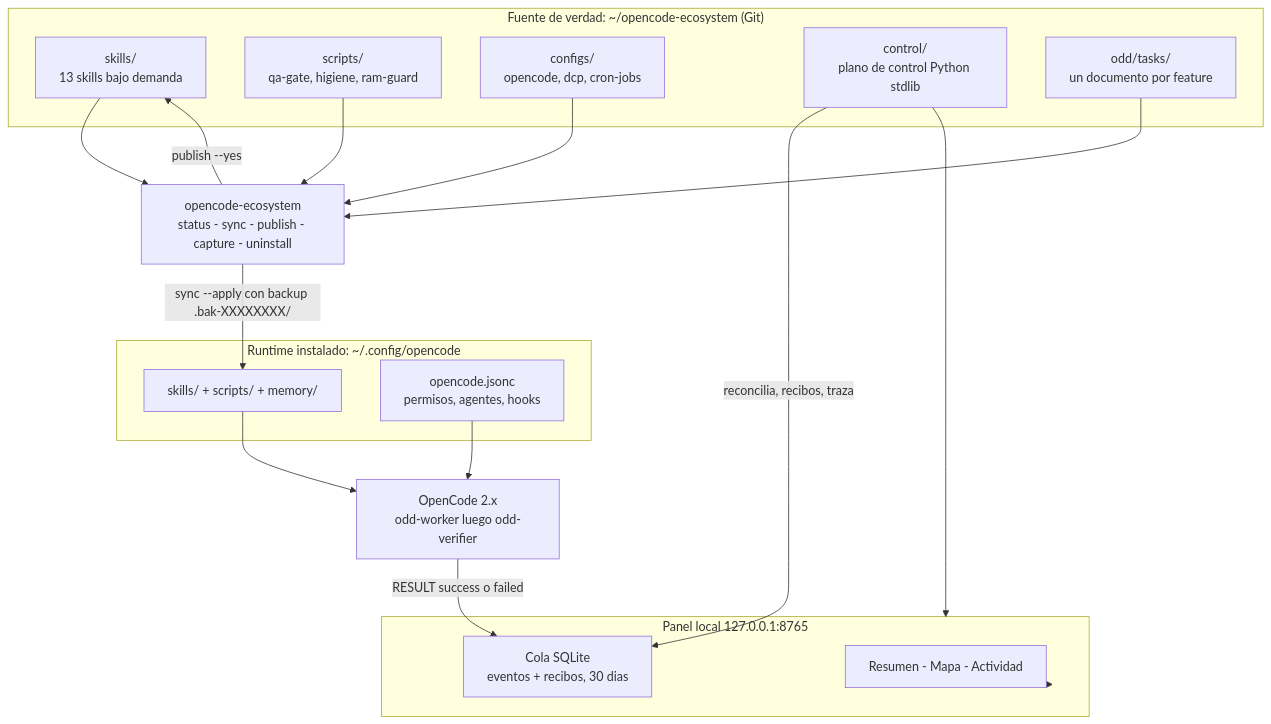
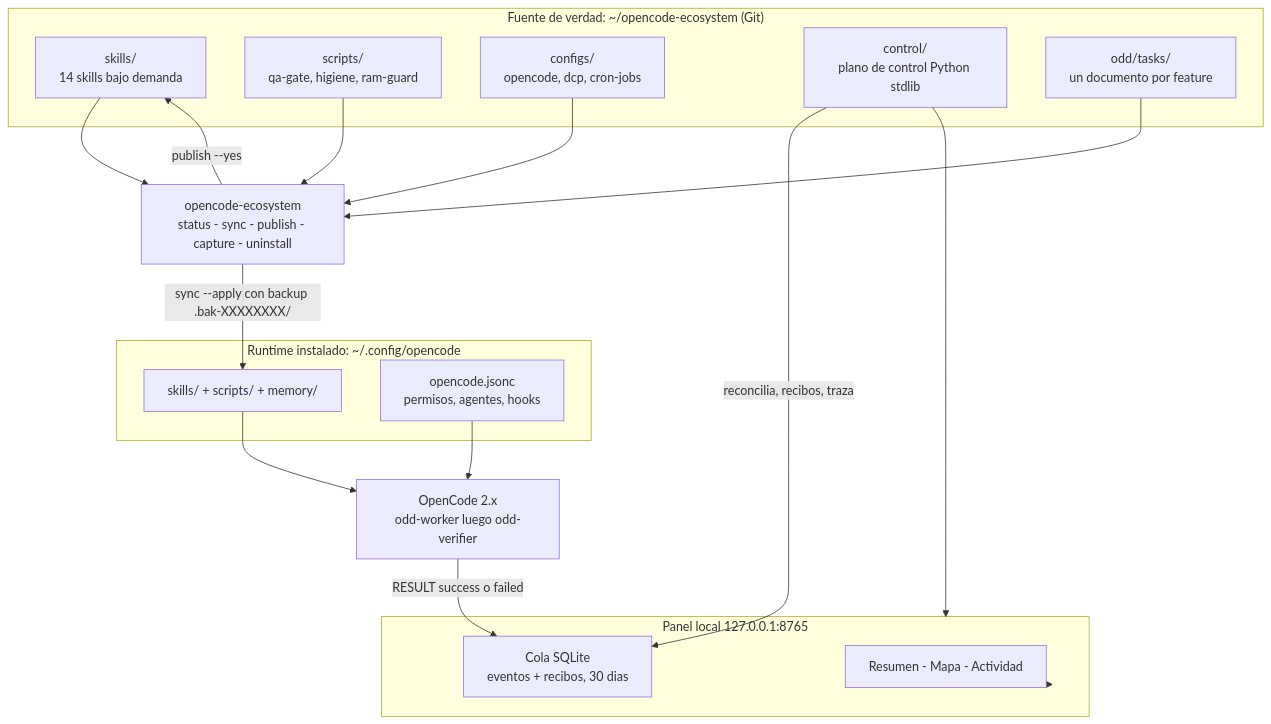
One commit to Rukawua26/opencode-ecosystem changed the first of 3 diagrams in README.md. Above: the diagram before and after it, drawn with Mermaid. The commit also changed other lines of this file and 3 other files, not shown here.

````diff
--- a/README.md
+++ b/README.md
@@ -53,37 +53,37 @@
 ```mermaid
 flowchart TB
     subgraph ECO["Fuente de verdad: ~/opencode-ecosystem (Git)"]
-        A1["skills/<br/>13 skills bajo demanda"]
+        A1["skills/<br/>14 skills bajo demanda"]
         A2["scripts/<br/>qa-gate, higiene, ram-guard"]
         A3["configs/<br/>opencode, dcp, cron-jobs"]
         A4["control/<br/>plano de control Python stdlib"]
         A5["odd/tasks/<br/>un documento por feature"]
     end
 
     CLI["opencode-ecosystem<br/>status - sync - publish - capture - uninstall"]
 
     subgraph CFG["Runtime instalado: ~/.config/opencode"]
         B1["skills/ + scripts/ + memory/"]
         B2["opencode.jsonc<br/>permisos, agentes, hooks"]
     end
 
     OC["OpenCode 2.x<br/>odd-worker luego odd-verifier"]
 
     subgraph PANEL["Panel local 127.0.0.1:8765"]
         C1["Resumen - Mapa - Actividad"]
         C2["Cola SQLite<br/>eventos + recibos, 30 dias"]
     end
 
     A1 --> CLI
     A2 --> CLI
     A3 --> CLI
     A5 --> CLI
     CLI -->|"sync --apply con backup .bak-XXXXXXXX/"| B1
     CLI -->|"publish --yes"| A1
     B1 --> OC
     B2 --> OC
     A4 --> PANEL
     A4 -->|"reconcilia, recibos, traza"| C2
     PANEL --> C1
     OC -->|"RESULT success o failed"| C2
 ```
````
